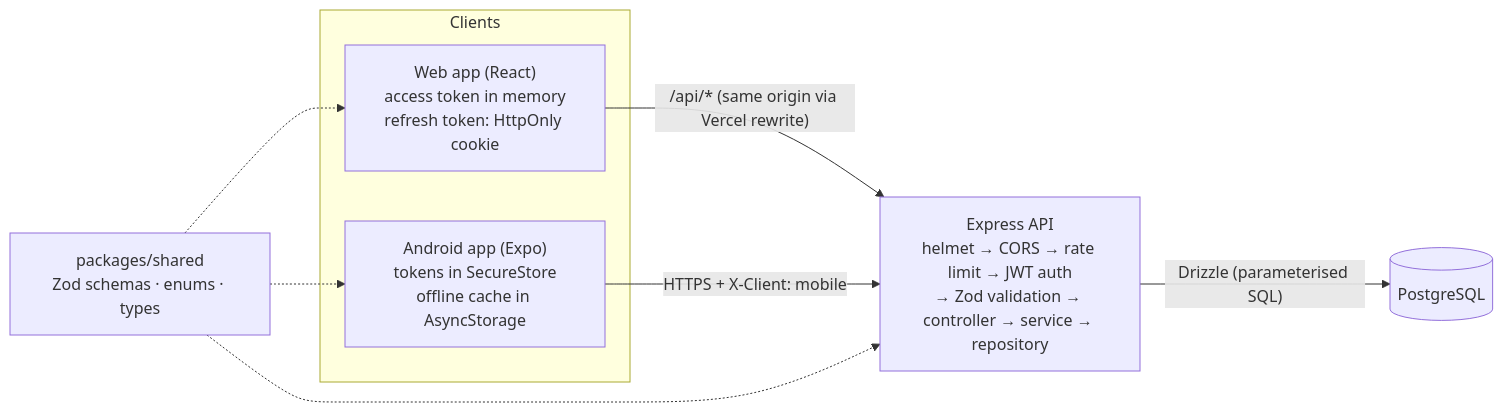
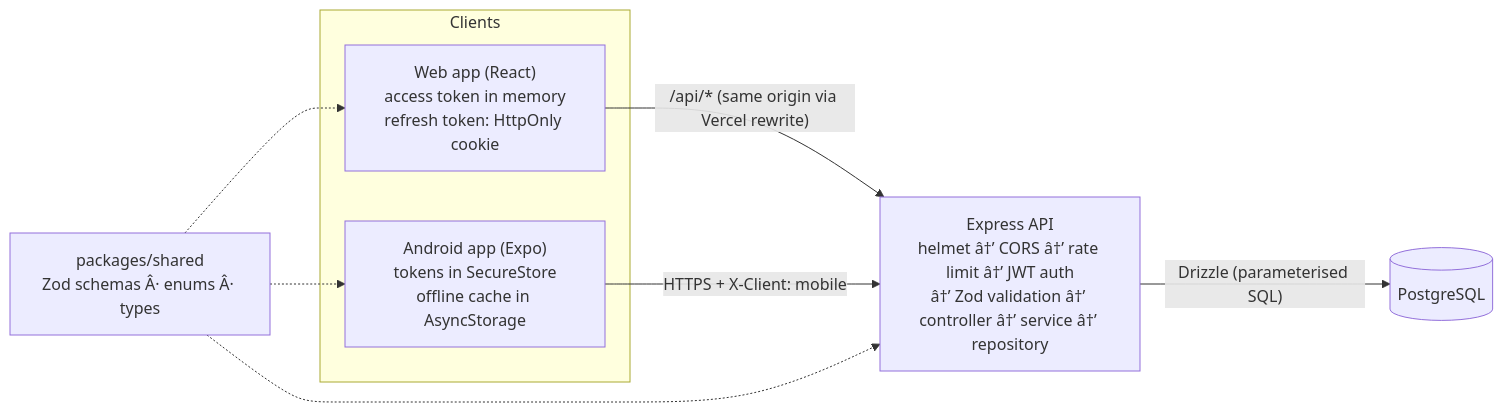
One commit to Krishna-20-Git/Kriya changed the diagram in README.md. Above: the diagram before and after it, drawn with Mermaid. The commit also changed other lines of this file, not shown here.

````diff
--- a/README.md
+++ b/README.md
@@ -111,12 +111,12 @@
 ```mermaid
 flowchart LR
   subgraph Clients
     W["Web app (React)<br/>access token in memory<br/>refresh token: HttpOnly cookie"]
     M["Android app (Expo)<br/>tokens in SecureStore<br/>offline cache in AsyncStorage"]
   end
   W -- "/api/* (same origin via Vercel rewrite)" --> A
   M -- "HTTPS + X-Client: mobile" --> A
-  A["Express API<br/>helmet → CORS → rate limit → JWT auth<br/>→ Zod validation → controller → service → repository"]
+  A["Express API<br/>helmet â†’ CORS â†’ rate limit â†’ JWT auth<br/>â†’ Zod validation â†’ controller â†’ service â†’ repository"]
   A -- "Drizzle (parameterised SQL)" --> D[("PostgreSQL")]
-  S["packages/shared<br/>Zod schemas · enums · types"] -.-> W & M & A
+  S["packages/shared<br/>Zod schemas Â· enums Â· types"] -.-> W & M & A
 ```
````
